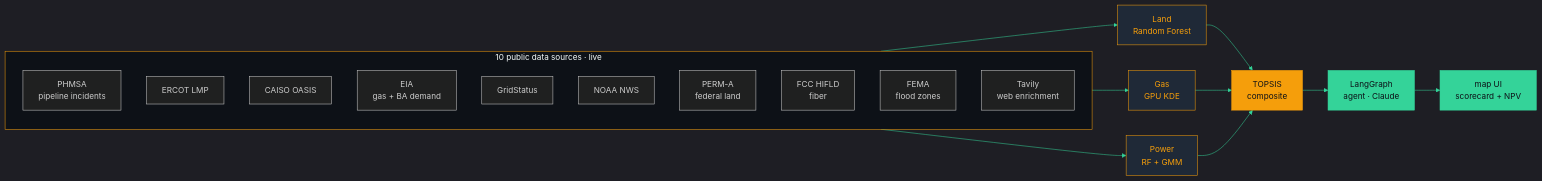
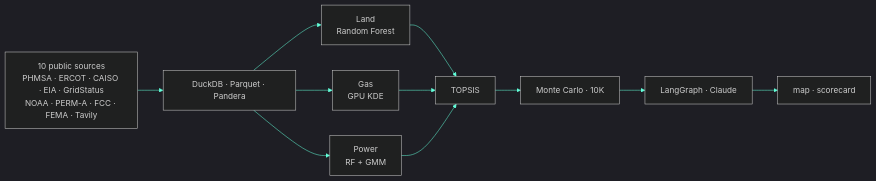
Before and after one commit to Suhxs-Reddy/Suhxs-Reddy: the second of 2 diagrams in README.md, drawn with Mermaid. The commit also changed other lines of this file, not shown here.

````diff
--- a/README.md
+++ b/README.md
@@ -187,30 +123,12 @@
 ```mermaid
-%%{init: {'theme':'dark', 'themeVariables': {'primaryColor':'#f59e0b','primaryBorderColor':'#f59e0b','lineColor':'#34d399','primaryTextColor':'#e5e7eb','background':'#0d1117'}}}%%
+%%{init: {'theme':'dark', 'themeVariables': {'primaryColor':'#64ffda','primaryBorderColor':'#64ffda','lineColor':'#64ffda','primaryTextColor':'#e5e7eb','background':'#0d1117'}}}%%
 flowchart LR
-    subgraph SRC["10 public data sources · live"]
-        S1[PHMSA<br/>pipeline incidents]
-        S2[ERCOT LMP]
-        S3[CAISO OASIS]
-        S4[EIA<br/>gas + BA demand]
-        S5[GridStatus]
-        S6[NOAA NWS]
-        S7[PERM-A<br/>federal land]
-        S8[FCC HIFLD<br/>fiber]
-        S9[FEMA<br/>flood zones]
-        S10[Tavily<br/>web enrichment]
-    end
-    SRC --> M1["Land<br/>Random Forest"]
-    SRC --> M2["Gas<br/>GPU KDE"]
-    SRC --> M3["Power<br/>RF + GMM"]
-    M1 & M2 & M3 --> TOP["TOPSIS<br/>composite"]
-    TOP --> AGT["LangGraph<br/>agent · Claude"]
-    AGT --> UI["map UI<br/>scorecard + NPV"]
-
-    style SRC fill:#0d1117,stroke:#f59e0b
-    style M1 fill:#1f2937,color:#f59e0b,stroke:#f59e0b
-    style M2 fill:#1f2937,color:#f59e0b,stroke:#f59e0b
-    style M3 fill:#1f2937,color:#f59e0b,stroke:#f59e0b
-    style TOP fill:#f59e0b,color:#0d1117,stroke:#f59e0b
-    style AGT fill:#34d399,color:#0d1117,stroke:#34d399
-    style UI fill:#34d399,color:#0d1117,stroke:#34d399
+    SRC[10 public sources<br/>PHMSA · ERCOT · CAISO · EIA · GridStatus<br/>NOAA · PERM-A · FCC · FEMA · Tavily] --> ETL[DuckDB · Parquet · Pandera]
+    ETL --> M1[Land<br/>Random Forest]
+    ETL --> M2[Gas<br/>GPU KDE]
+    ETL --> M3[Power<br/>RF + GMM]
+    M1 & M2 & M3 --> TOP[TOPSIS]
+    TOP --> NPV[Monte Carlo · 10K]
+    NPV --> AGT[LangGraph · Claude]
+    AGT --> UI[map · scorecard]
 ```
````
